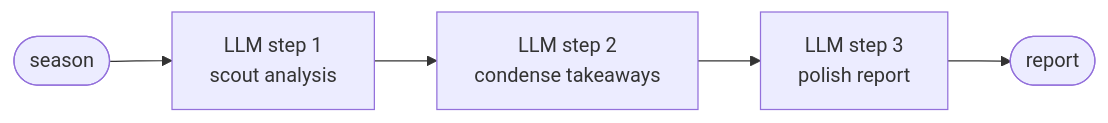
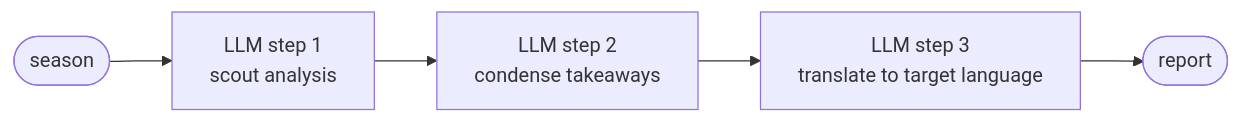
Before and after one commit to xkondix/ai-agents-JAVA-SPRING: the first of 5 diagrams in PATTERNS.md, drawn with Mermaid. The commit also changed other lines of this file and 16 other files, not shown here.

````diff
--- a/PATTERNS.md
+++ b/PATTERNS.md
@@ -40,7 +45,7 @@
 ```mermaid
 flowchart LR
     IN([season]) --> S1[LLM step 1<br/>scout analysis]
     S1 --> S2[LLM step 2<br/>condense takeaways]
-    S2 --> S3[LLM step 3<br/>polish report]
+    S2 --> S3[LLM step 3<br/>translate to target language]
     S3 --> OUT([report])
 ```
````
